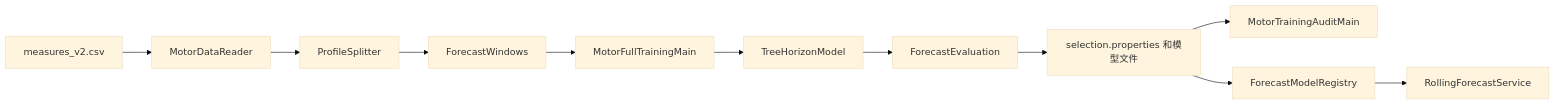
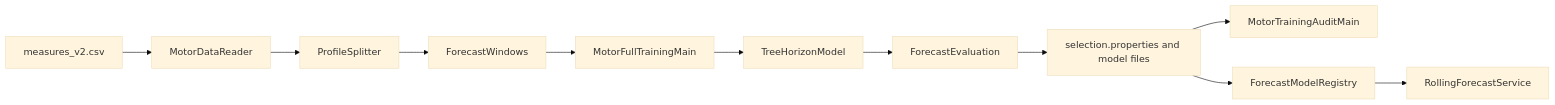
The diagram in training/docs/CODE_MAP.md (HaotianZhu296/JMSH-teamwork), drawn with Mermaid (base theme) before and after one commit. The commit also changed other lines of this file, not shown here.

````diff
--- a/training/docs/CODE_MAP.md
+++ b/training/docs/CODE_MAP.md
@@ -100,13 +100,13 @@
 ```mermaid
 flowchart LR
     A[measures_v2.csv] --> B[MotorDataReader]
     B --> C[ProfileSplitter]
     C --> D[ForecastWindows]
     D --> E[MotorFullTrainingMain]
     E --> F[TreeHorizonModel]
     F --> G[ForecastEvaluation]
-    G --> H[selection.properties 和模型文件]
+    G --> H[selection.properties and model files]
     H --> I[MotorTrainingAuditMain]
     H --> J[ForecastModelRegistry]
     J --> K[RollingForecastService]
 ```
````
